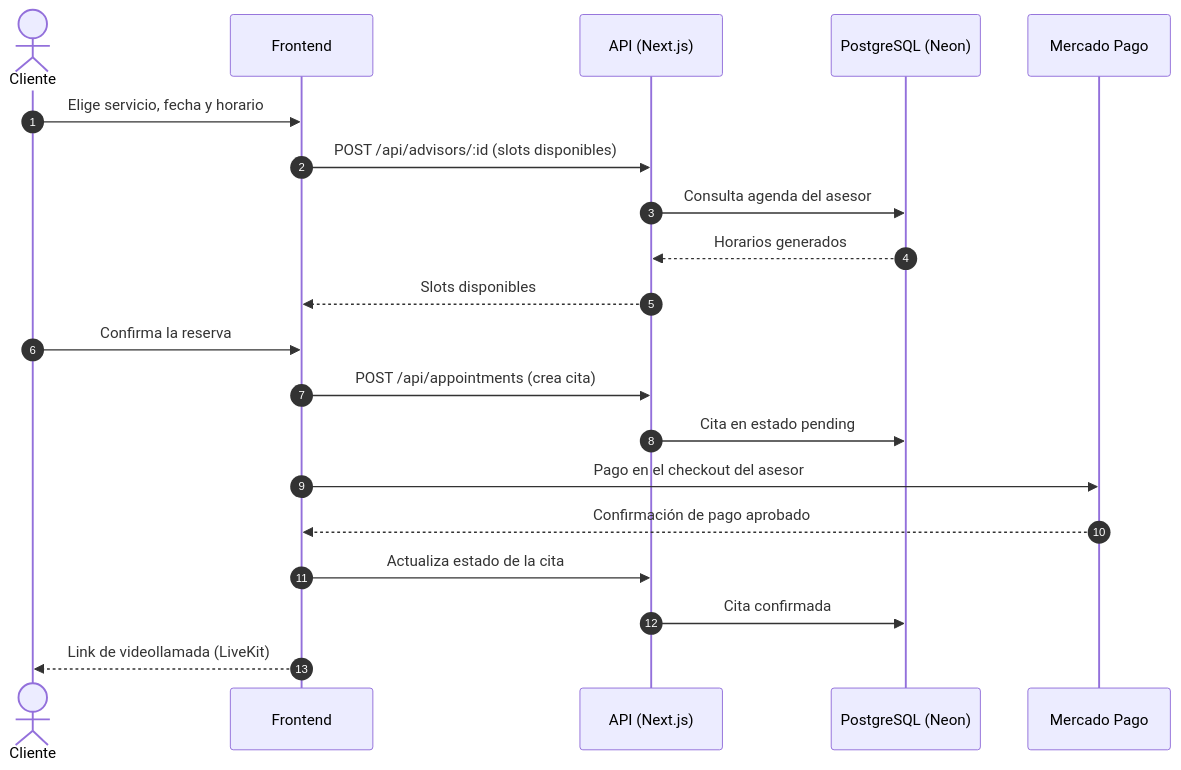
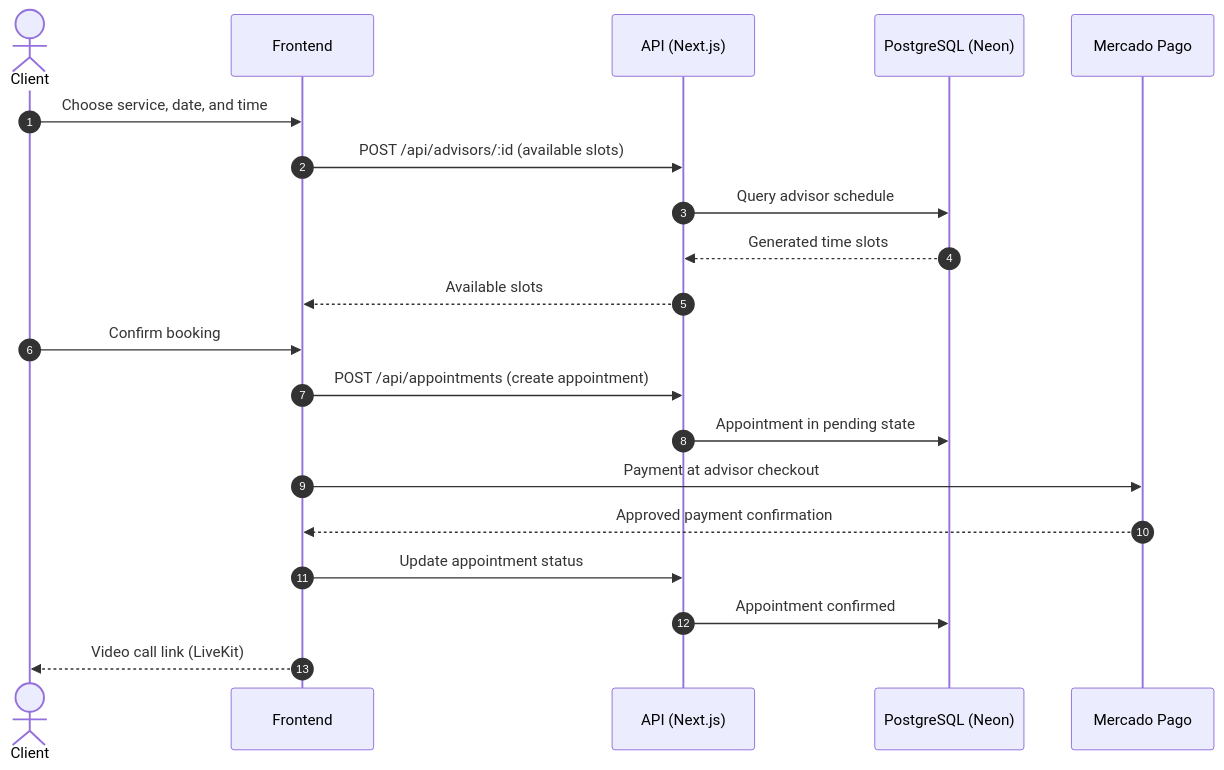
One commit to panagiod/meti-booking changed the second of 2 diagrams in README.md. Above: the diagram before and after it, drawn with Mermaid. The commit also changed other lines of this file and 4 other files, not shown here.

````diff
--- a/README.md
+++ b/README.md
@@ -118,23 +118,23 @@
 ```mermaid
 sequenceDiagram
     autonumber
-    actor C as Cliente
+    actor C as Client
     participant F as Frontend
     participant A as API (Next.js)
     participant D as PostgreSQL (Neon)
     participant MP as Mercado Pago
 
-    C->>F: Elige servicio, fecha y horario
-    F->>A: POST /api/advisors/:id (slots disponibles)
-    A->>D: Consulta agenda del asesor
-    D-->>A: Horarios generados
-    A-->>F: Slots disponibles
-    C->>F: Confirma la reserva
-    F->>A: POST /api/appointments (crea cita)
-    A->>D: Cita en estado pending
-    F->>MP: Pago en el checkout del asesor
-    MP-->>F: Confirmación de pago aprobado
-    F->>A: Actualiza estado de la cita
-    A->>D: Cita confirmada
-    F-->>C: Link de videollamada (LiveKit)
+    C->>F: Choose service, date, and time
+    F->>A: POST /api/advisors/:id (available slots)
+    A->>D: Query advisor schedule
+    D-->>A: Generated time slots
+    A-->>F: Available slots
+    C->>F: Confirm booking
+    F->>A: POST /api/appointments (create appointment)
+    A->>D: Appointment in pending state
+    F->>MP: Payment at advisor checkout
+    MP-->>F: Approved payment confirmation
+    F->>A: Update appointment status
+    A->>D: Appointment confirmed
+    F-->>C: Video call link (LiveKit)
 ```
````
